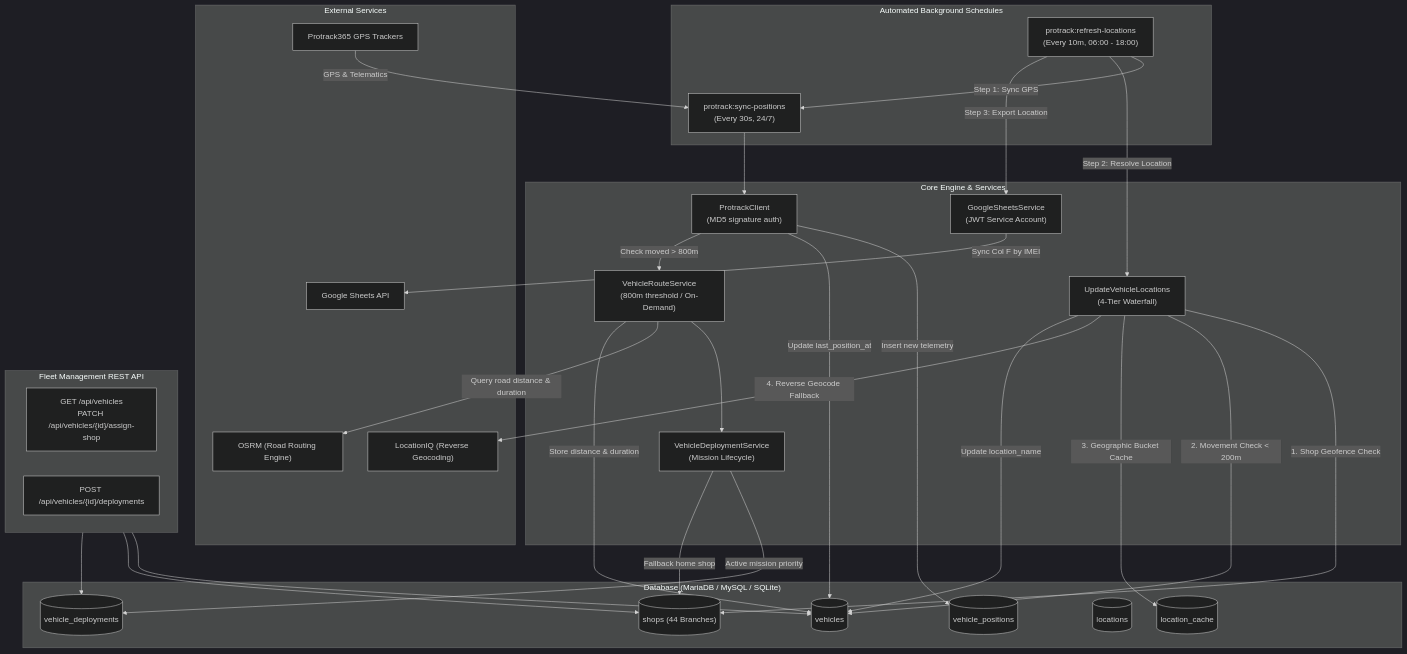
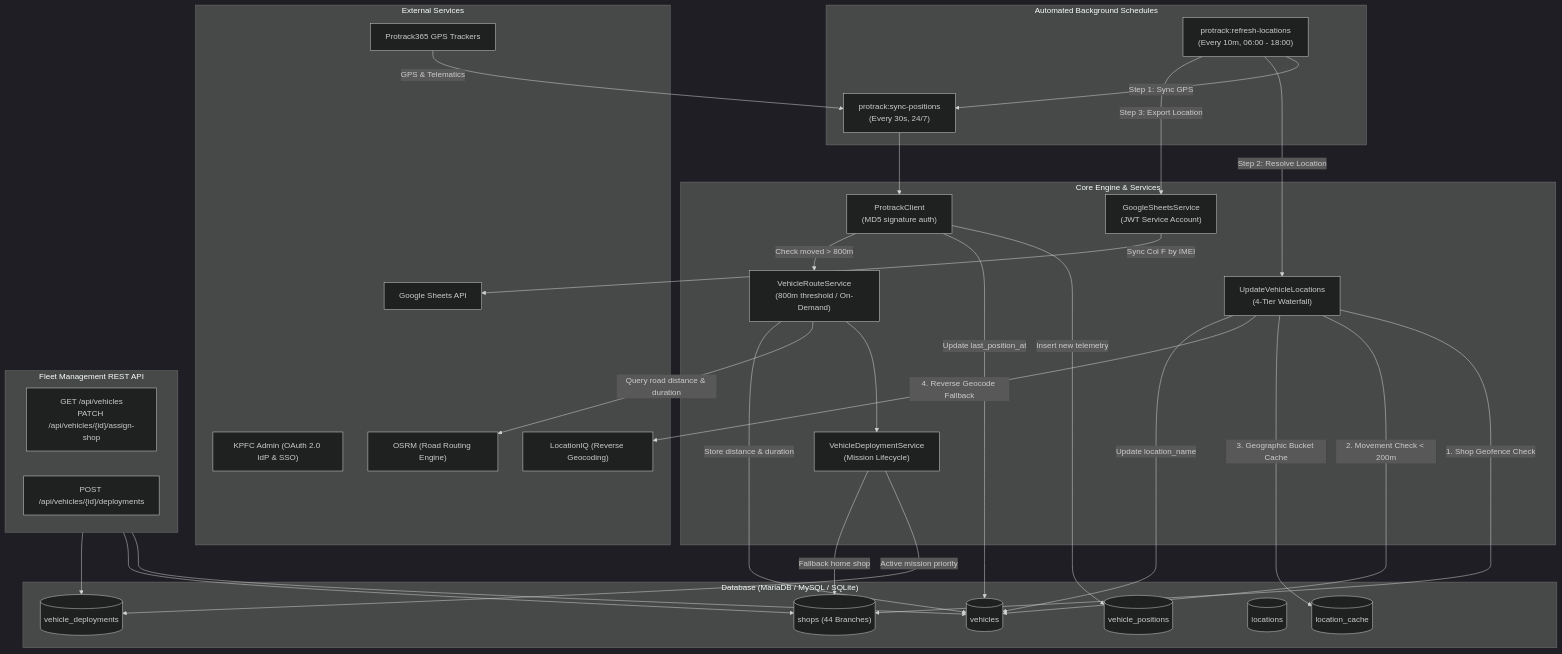
The diagram in README.md (emushene/tracker-kpfc), drawn with Mermaid (dark theme) before and after one commit. The commit also changed other lines of this file and 17 other files, not shown here.

```diff
--- a/README.md
+++ b/README.md
@@ -10,6 +10,8 @@
 flowchart TD
 
       subgraph External["External Services"]
+
+            KPFCAdmin["KPFC Admin (OAuth 2.0 IdP & SSO)"]
 
             P365["Protrack365 GPS Trackers"]
 
```
